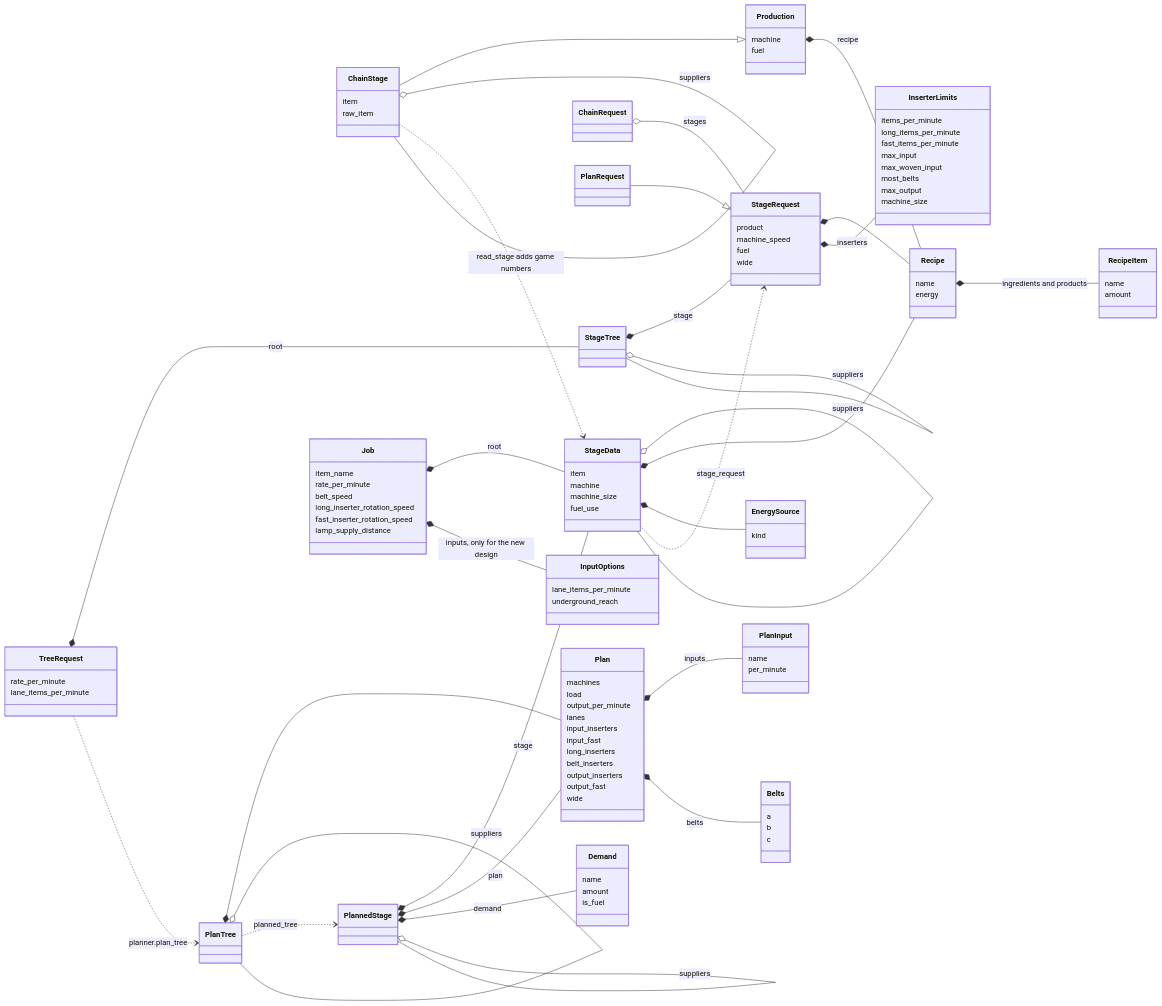
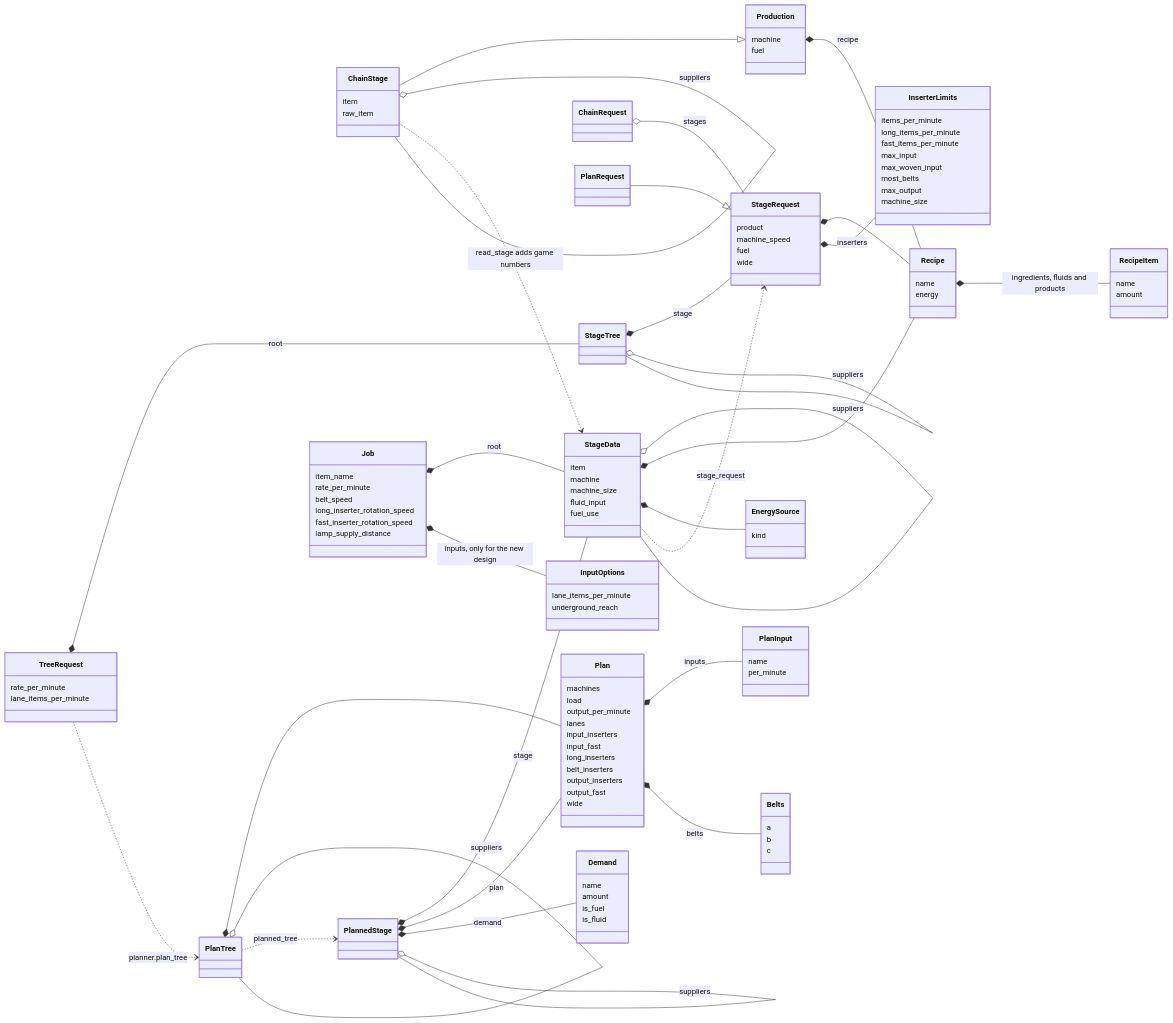
One commit to RibbonedAce/factorio-blueprint-generation changed the third of 5 diagrams in TYPES.md. Above: the diagram before and after it, drawn with Mermaid. The commit also changed other lines of this file and 22 other files, not shown here.

```diff
--- a/TYPES.md
+++ b/TYPES.md
@@ -98,6 +98,7 @@
     item
     machine
     machine_size
+    fluid_input
     fuel_use
   }
   class EnergySource {
@@ -113,7 +114,7 @@
   }
 
   Production *-- Recipe : recipe
-  Recipe *-- RecipeItem : ingredients and products
+  Recipe *-- RecipeItem : ingredients, fluids and products
   ChainStage --|> Production
   ChainStage o-- ChainStage : suppliers
   ChainStage ..> StageData : read_stage adds game numbers
@@ -182,6 +183,7 @@
     name
     amount
     is_fuel
+    is_fluid
   }
   class Job {
     item_name
```
